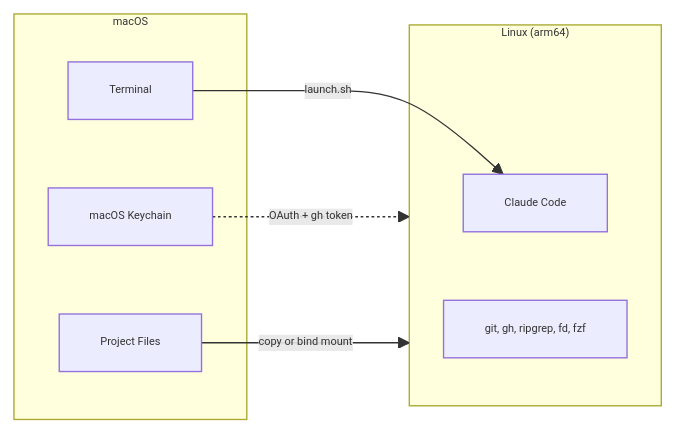
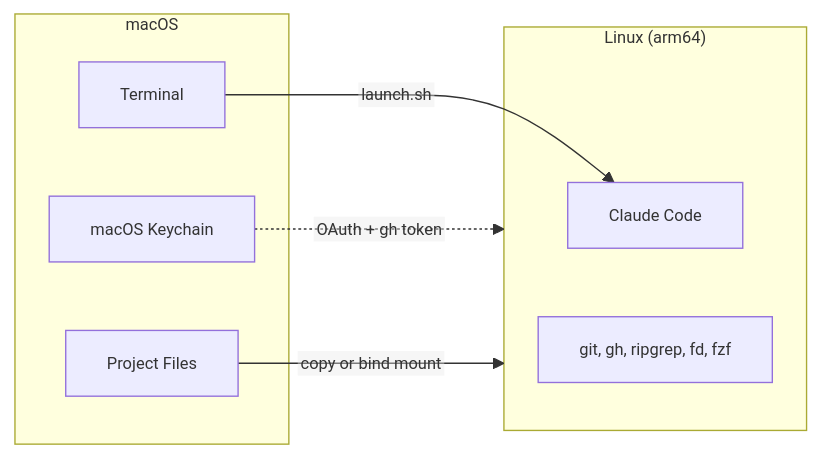
One commit to chew-z/Container changed the first of 2 diagrams in README.md. Above: the diagram before and after it, drawn with Mermaid. The commit also changed other lines of this file and 2 other files, not shown here.

Commit message:
docs(documentation): update mermaid font size for better readability
I update the mermaid initialization syntax across documentation files to use a slightly larger font size (9pt instead of 8px) and explicitly set flowchart options to ensure better visual clarity of the diagrams for users reading the configuration and running instructions.

````diff
--- a/README.md
+++ b/README.md
@@ -5,18 +5,18 @@
 ```mermaid
-%%{init: {"themeVariables": {"fontSize": "8px"}}}%%
+%%{init: {"themeVariables": {"fontSize": "9pt"}, "flowchart": {"htmlLabels": false, "useMaxWidth": false}}}%%
 flowchart LR
     subgraph Host["macOS"]
         Terminal["Terminal"]
         Keychain["macOS Keychain"]
         Project["Project Files"]
     end
 
     subgraph Container["Linux (arm64)"]
         Claude["Claude Code"]
         Tools["git, gh, ripgrep, fd, fzf"]
     end
 
     Terminal -->|"launch.sh"| Claude
     Keychain -.->|"OAuth + gh token"| Container
     Project -->|"copy or bind mount"| Container
 ```
````
